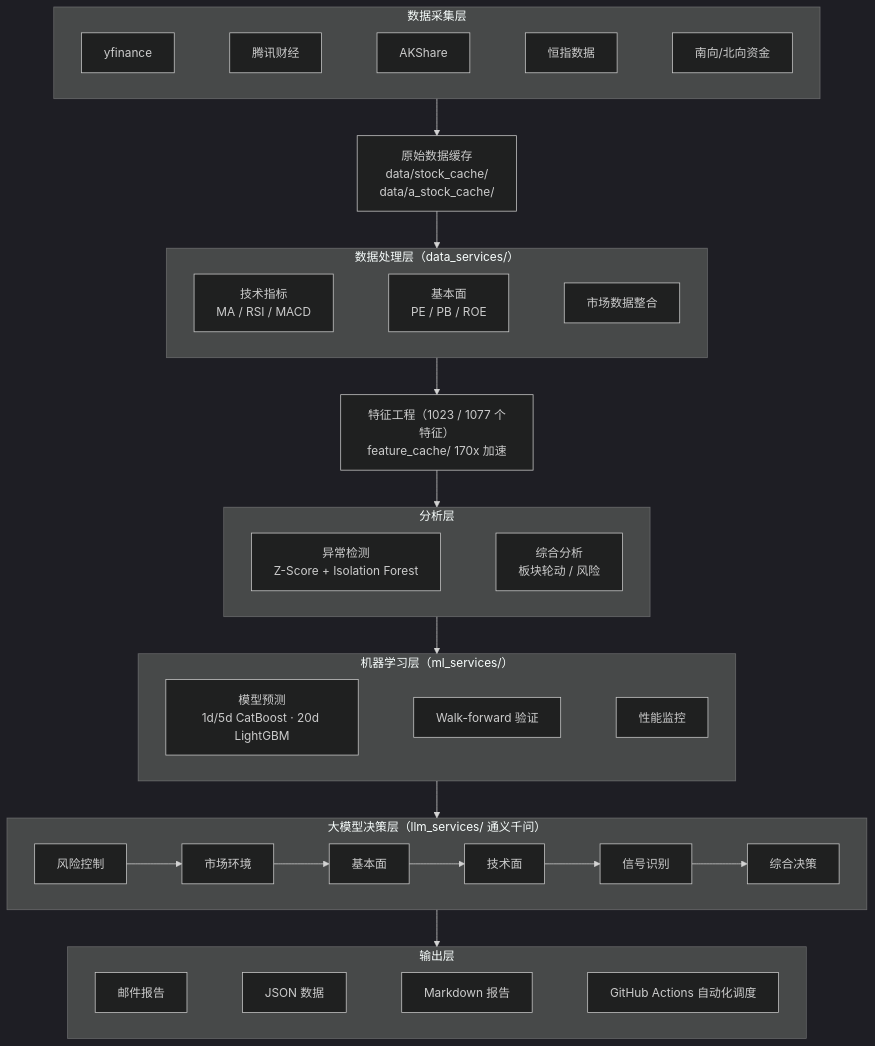
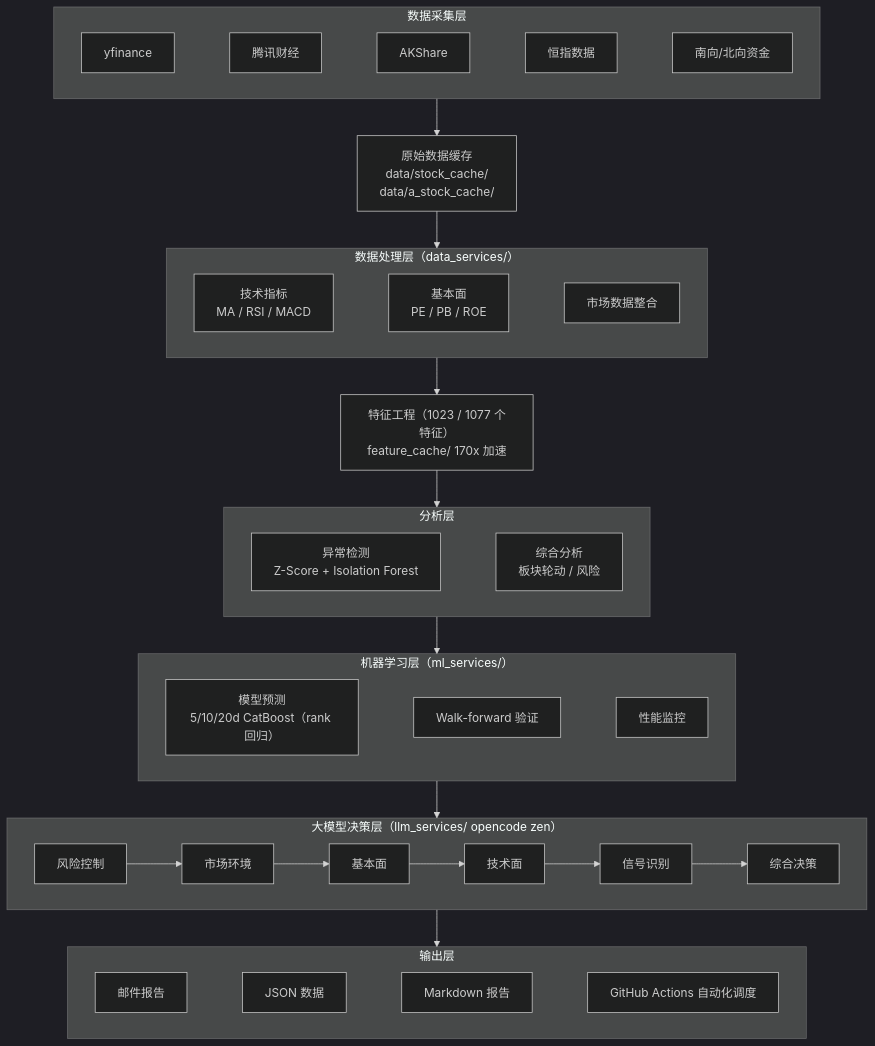
Before and after one commit to wonglaitung/fortune: the second of 3 diagrams in README.md, drawn with Mermaid (dark theme). The commit also changed other lines of this file, not shown here.

````diff
--- a/README.md
+++ b/README.md
@@ -213,65 +227,65 @@
 ```mermaid
 flowchart TD
     subgraph L1["数据采集层"]
         direction LR
         A1["yfinance"]
         A2["腾讯财经"]
         A3["AKShare"]
         A4["恒指数据"]
         A5["南向/北向资金"]
         A1 ~~~ A2 ~~~ A3 ~~~ A4 ~~~ A5
     end
 
     RAW["原始数据缓存<br/>data/stock_cache/<br/>data/a_stock_cache/"]
 
     subgraph L2["数据处理层（data_services/）"]
         direction LR
         B1["技术指标<br/>MA / RSI / MACD"]
         B2["基本面<br/>PE / PB / ROE"]
         B3["市场数据整合"]
         B1 ~~~ B2 ~~~ B3
     end
 
     FEAT["特征工程（1023 / 1077 个特征）<br/>feature_cache/ 170x 加速"]
 
     subgraph L3["分析层"]
         direction LR
         C1["异常检测<br/>Z-Score + Isolation Forest"]
         C2["综合分析<br/>板块轮动 / 风险"]
         C1 ~~~ C2
     end
 
     subgraph L4["机器学习层（ml_services/）"]
         direction LR
-        D1["模型预测<br/>1d/5d CatBoost · 20d LightGBM"]
+        D1["模型预测<br/>5/10/20d CatBoost（rank 回归）"]
         D2["Walk-forward 验证"]
         D3["性能监控"]
         D1 ~~~ D2 ~~~ D3
     end
 
-    subgraph L5["大模型决策层（llm_services/ 通义千问）"]
+    subgraph L5["大模型决策层（llm_services/ opencode zen）"]
         direction LR
         E1["风险控制"]
         E2["市场环境"]
         E3["基本面"]
         E4["技术面"]
         E5["信号识别"]
         E6["综合决策"]
         E1 --> E2 --> E3 --> E4 --> E5 --> E6
     end
 
     subgraph L6["输出层"]
         direction LR
         F1["邮件报告"]
         F2["JSON 数据"]
         F3["Markdown 报告"]
         F4["GitHub Actions 自动化调度"]
         F1 ~~~ F2 ~~~ F3 ~~~ F4
     end
 
     L1 --> RAW --> L2
     L2 --> FEAT --> L3
     L3 --> L4
     L4 --> L5
     L5 --> L6
 ```
````
